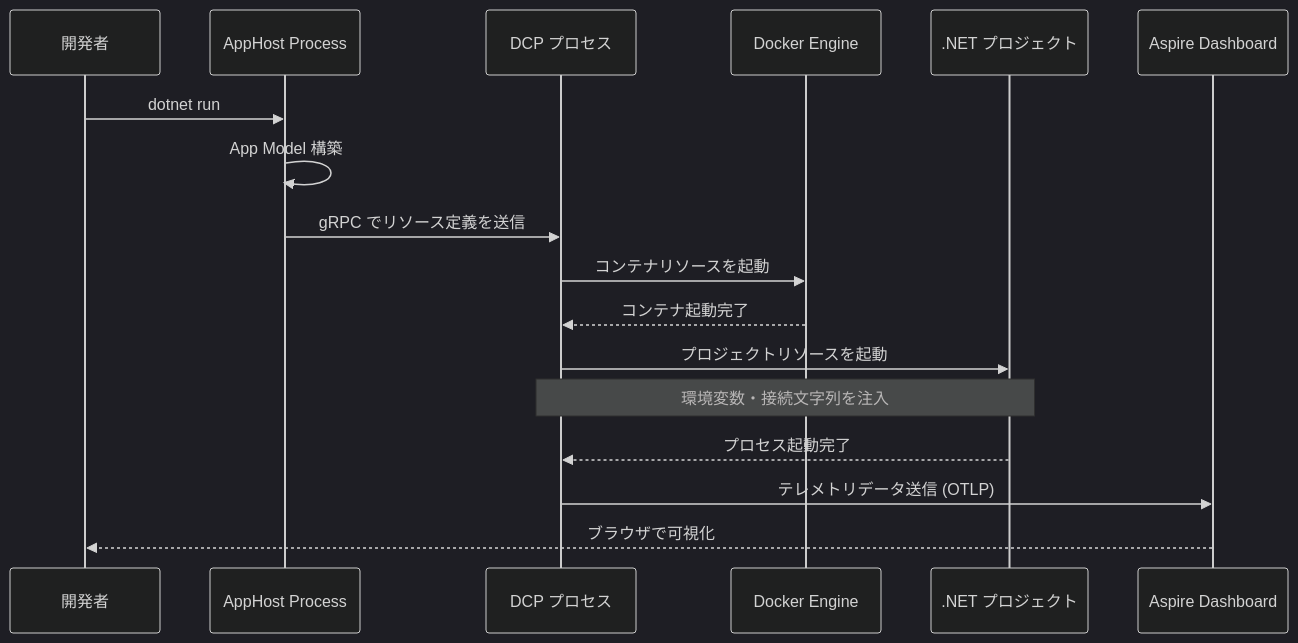
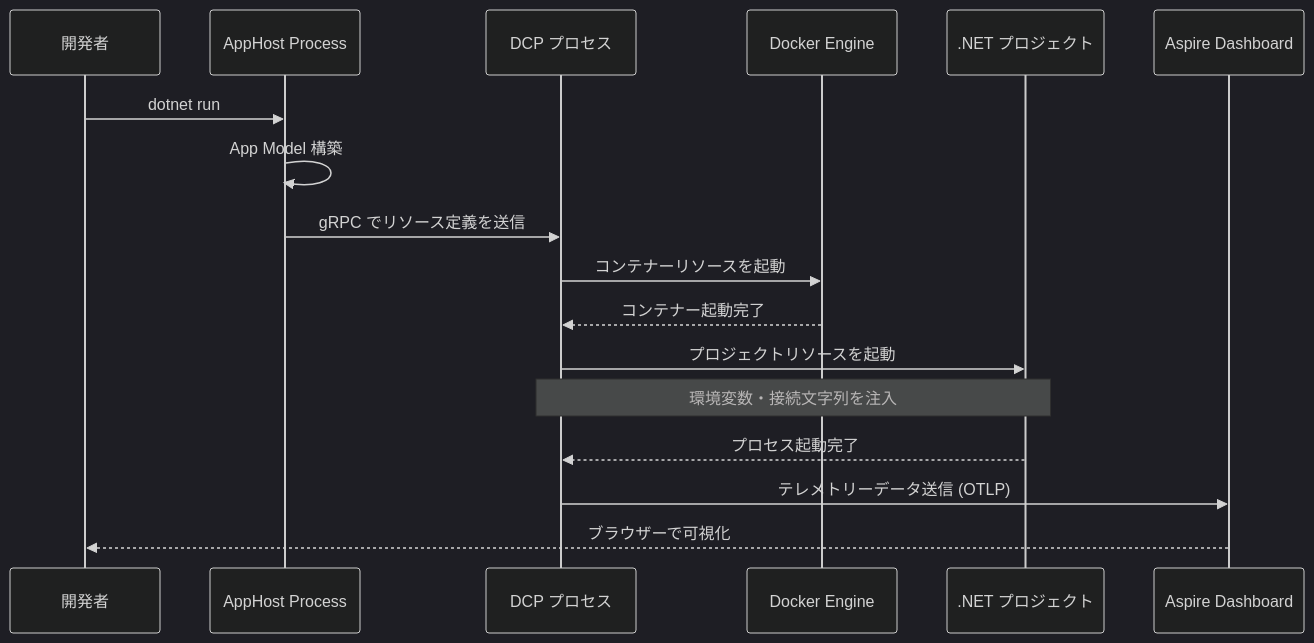
The fourth of 18 diagrams in content/blog/ja/dotnet-aspire.mdx (yoichiozaki/yoichiozaki.github.io), drawn with Mermaid (dark theme) before and after one commit. The commit also changed other lines of this file and 117 other files, not shown here.

````diff
--- a/content/blog/ja/dotnet-aspire.mdx
+++ b/content/blog/ja/dotnet-aspire.mdx
@@ -280,20 +280,20 @@
 ```mermaid
 sequenceDiagram
     participant Dev as 開発者
     participant AppHost as AppHost Process
     participant DCP as DCP プロセス
     participant Docker as Docker Engine
     participant Project as .NET プロジェクト
     participant Dashboard as Aspire Dashboard
 
     Dev->>AppHost: dotnet run
     AppHost->>AppHost: App Model 構築
     AppHost->>DCP: gRPC でリソース定義を送信
-    DCP->>Docker: コンテナリソースを起動
-    Docker-->>DCP: コンテナ起動完了
+    DCP->>Docker: コンテナーリソースを起動
+    Docker-->>DCP: コンテナー起動完了
     DCP->>Project: プロジェクトリソースを起動
     Note over DCP,Project: 環境変数・接続文字列を注入
     Project-->>DCP: プロセス起動完了
-    DCP->>Dashboard: テレメトリデータ送信 (OTLP)
-    Dashboard-->>Dev: ブラウザで可視化
+    DCP->>Dashboard: テレメトリーデータ送信 (OTLP)
+    Dashboard-->>Dev: ブラウザーで可視化
 ```
````
